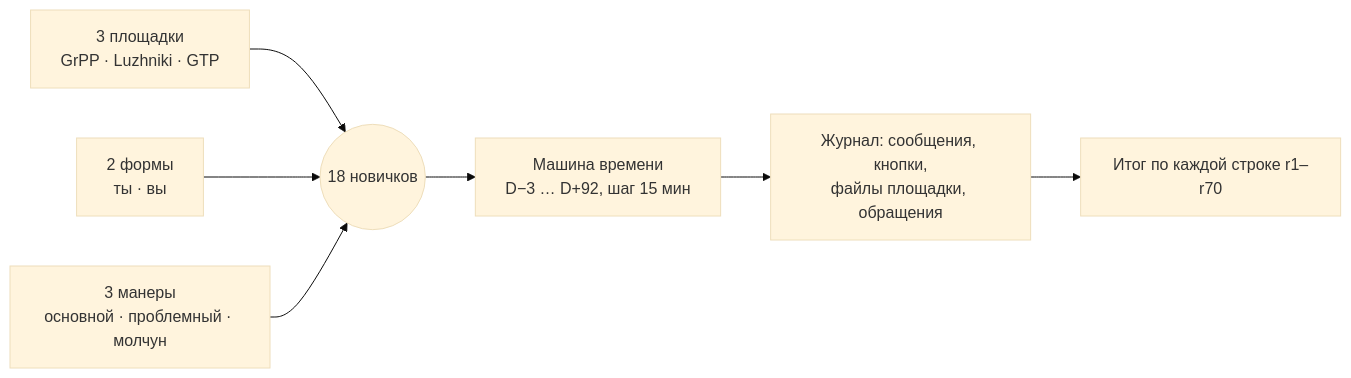
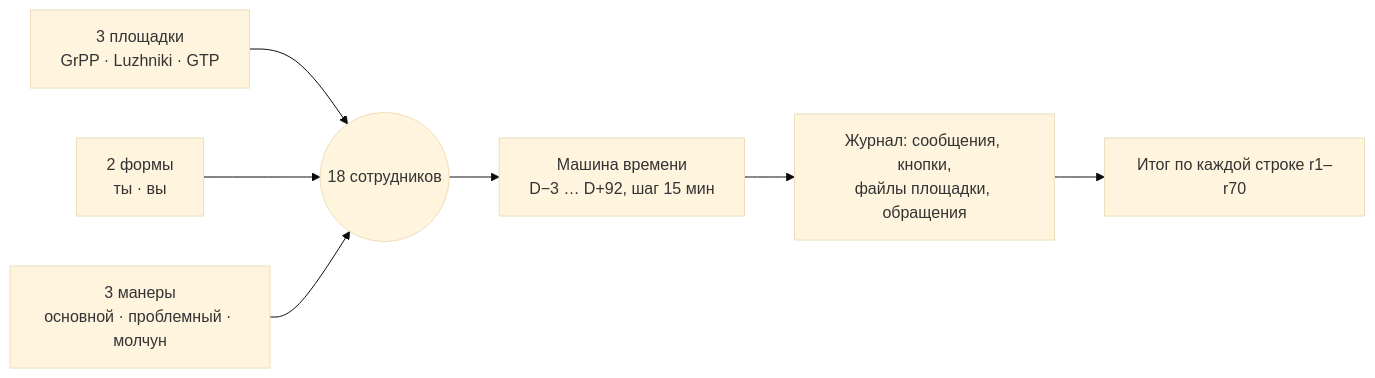
One commit to kunak-agency/polyplastic-bot changed the second of 2 diagrams in agency/system/Human/04-excel-to-platform.md. Above: the diagram before and after it, drawn with Mermaid (base theme). The commit also changed other lines of this file and 99 other files, not shown here.

````diff
--- a/agency/system/Human/04-excel-to-platform.md
+++ b/agency/system/Human/04-excel-to-platform.md
@@ -164,9 +164,9 @@
 ```mermaid
 flowchart LR
-    A["3 площадки<br/>GrPP · Luzhniki · GTP"] --> X(("18 новичков"))
+    A["3 площадки<br/>GrPP · Luzhniki · GTP"] --> X(("18 сотрудников"))
     B["2 формы<br/>ты · вы"] --> X
     C["3 манеры<br/>основной · проблемный · молчун"] --> X
     X --> D["Машина времени<br/>D−3 … D+92, шаг 15 мин"]
     D --> E["Журнал: сообщения, кнопки,<br/>файлы площадки, обращения"]
     E --> F["Итог по каждой строке r1–r70"]
 ```
````
